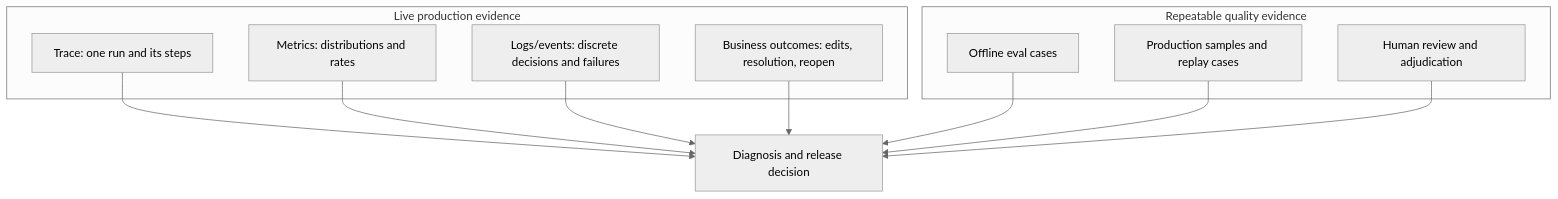
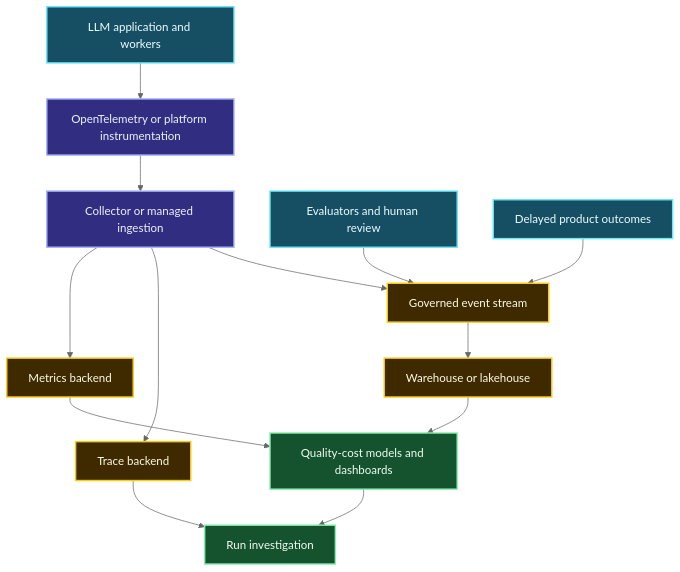
One commit to senlinyy/dev-roadmaps changed the fourth of 6 diagrams in roadmaps/mlops/modules/llmops/runtime-observability/03-quality-and-cost.md. Above: the diagram before and after it, drawn with Mermaid (neutral theme). The commit also changed other lines of this file and 198 other files, not shown here.

````diff
--- a/roadmaps/mlops/modules/llmops/runtime-observability/03-quality-and-cost.md
+++ b/roadmaps/mlops/modules/llmops/runtime-observability/03-quality-and-cost.md
@@ -107,21 +362,22 @@
 ```mermaid
-flowchart TB
-    subgraph Live["Live production evidence"]
-        T["Trace: one run and its steps"]
-        M["Metrics: distributions and rates"]
-        L["Logs/events: discrete decisions and failures"]
-        B["Business outcomes: edits, resolution, reopen"]
-    end
-    subgraph Repeatable["Repeatable quality evidence"]
-        E["Offline eval cases"]
-        R["Production samples and replay cases"]
-        H["Human review and adjudication"]
-    end
-    T --> I["Diagnosis and release decision"]
-    M --> I
-    L --> I
-    B --> I
-    E --> I
-    R --> I
-    H --> I
+flowchart TD
+    A["LLM application and workers"] --> B["OpenTelemetry or platform instrumentation"]
+    B --> C["Collector or managed ingestion"]
+    C --> D["Metrics backend"]
+    C --> E["Trace backend"]
+    C --> F["Governed event stream"]
+    G["Evaluators and human review"] --> F
+    H["Delayed product outcomes"] --> F
+    F --> I["Warehouse or lakehouse"]
+    I --> J["Quality-cost models and dashboards"]
+    D --> J
+    E --> K["Run investigation"]
+    J --> K
+
+    classDef source fill:#164E63,stroke:#67E8F9,color:#ECFEFF,stroke-width:2px; classDef transport fill:#312E81,stroke:#A5B4FC,color:#EEF2FF,stroke-width:2px;
+    classDef store fill:#3F2A00,stroke:#FACC15,color:#FEFCE8,stroke-width:2px; classDef use fill:#14532D,stroke:#86EFAC,color:#F0FDF4,stroke-width:2px;
+    class A,G,H source;
+    class B,C transport;
+    class D,E,F,I store;
+    class J,K use;
 ```
````
